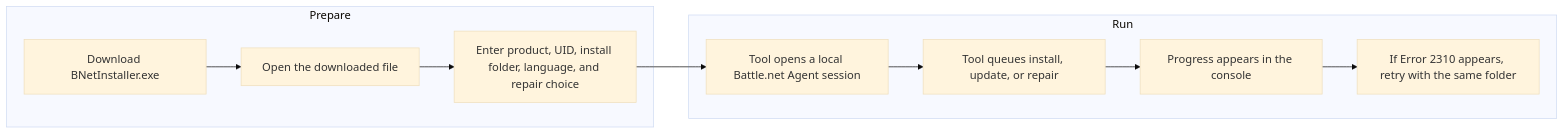
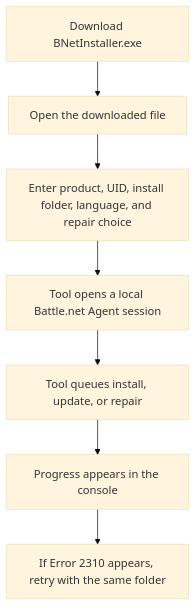
One commit to DokPlay/Battle.Net-Installer changed the diagram in README.md. Above: the diagram before and after it, drawn with Mermaid (base theme). The commit also changed 1 other file, not shown here.

Commit message:
Restore vertical README flow diagrams

````diff
--- a/README.md
+++ b/README.md
@@ -52,12 +52,9 @@
 ```mermaid
-flowchart LR
-    subgraph LEFT["Prepare"]
-        A["Download BNetInstaller.exe"] --> B["Open the downloaded file"] --> C["Enter product, UID, install folder, language, and repair choice"]
-    end
-
-    subgraph RIGHT["Run"]
-        D["Tool opens a local Battle.net Agent session"] --> E["Tool queues install, update, or repair"] --> F["Progress appears in the console"] --> G["If Error 2310 appears, retry with the same folder"]
-    end
-
-    C --> D
+flowchart TB
+    A["Download BNetInstaller.exe"] --> B["Open the downloaded file"]
+    B --> C["Enter product, UID, install folder, language, and repair choice"]
+    C --> D["Tool opens a local Battle.net Agent session"]
+    D --> E["Tool queues install, update, or repair"]
+    E --> F["Progress appears in the console"]
+    F --> G["If Error 2310 appears, retry with the same folder"]
 ```
````
